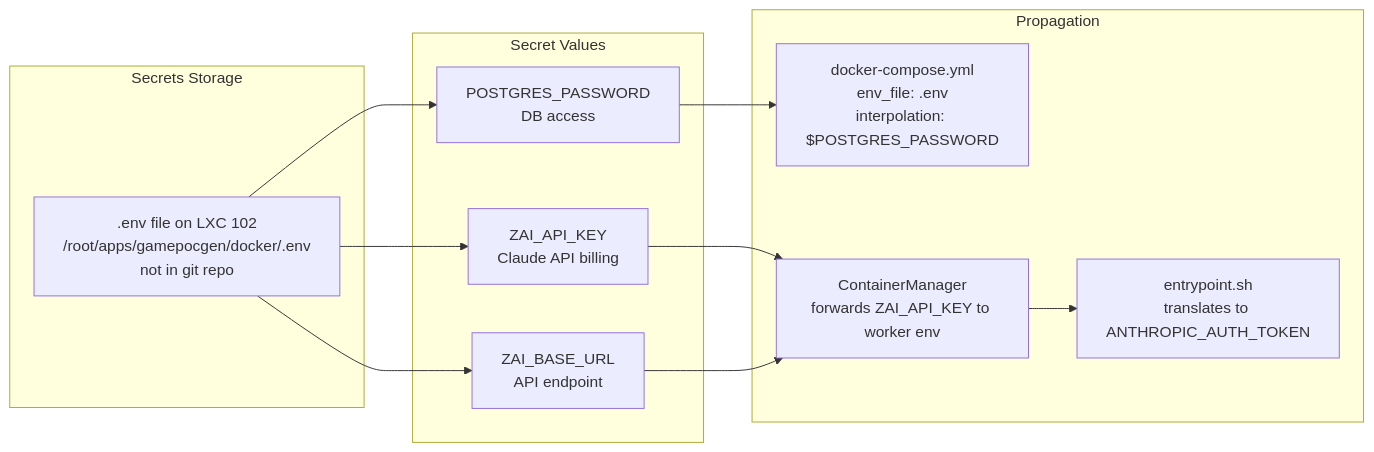
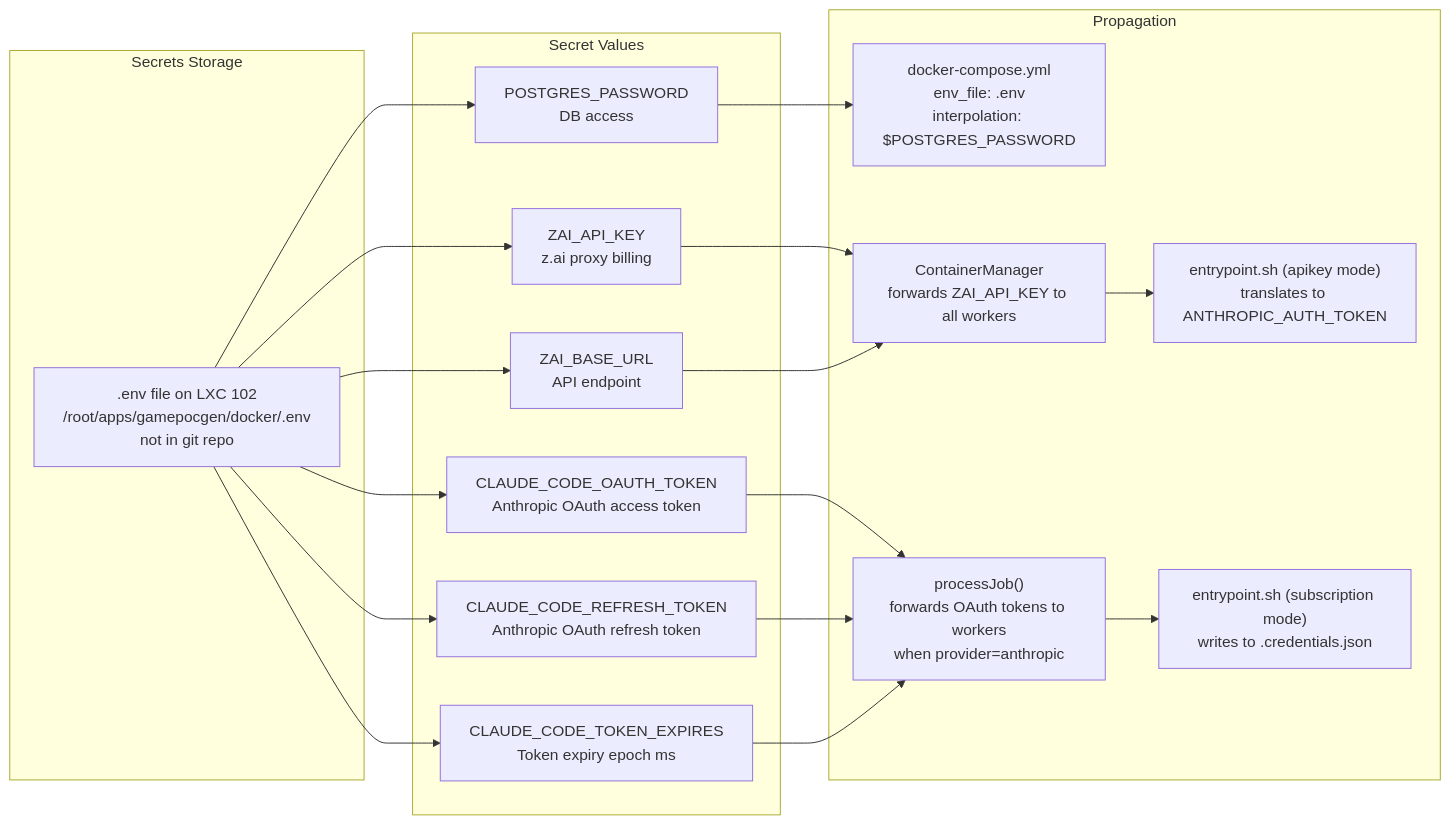
One commit to J-Gierend/gamePocGen changed the seventh of 9 diagrams in AI/document/11-security.md. Above: the diagram before and after it, drawn with Mermaid. The commit also changed other lines of this file and 12 other files, not shown here.

First line of the commit message:
fix: regenerate all architecture docs from current source

````diff
--- a/AI/document/11-security.md
+++ b/AI/document/11-security.md
@@ -119,26 +173,38 @@
 ```mermaid
 graph LR
     subgraph "Secrets Storage"
-        DOTENV[".env file on LXC 102\n/root/apps/gamepocgen/docker/.env\nnot in git repo"]
+        DOTENV[".env file on LXC 102<br/>/root/apps/gamepocgen/docker/.env<br/>not in git repo"]
     end
 
     subgraph "Secret Values"
-        PG["POSTGRES_PASSWORD\nDB access"]
-        ZAI2["ZAI_API_KEY\nClaude API billing"]
-        ZAI_B["ZAI_BASE_URL\nAPI endpoint"]
+        PG["POSTGRES_PASSWORD<br/>DB access"]
+        ZAI2["ZAI_API_KEY<br/>z.ai proxy billing"]
+        ZAI_B["ZAI_BASE_URL<br/>API endpoint"]
+        OAUTH_T["CLAUDE_CODE_OAUTH_TOKEN<br/>Anthropic OAuth access token"]
+        OAUTH_R["CLAUDE_CODE_REFRESH_TOKEN<br/>Anthropic OAuth refresh token"]
+        OAUTH_E["CLAUDE_CODE_TOKEN_EXPIRES<br/>Token expiry epoch ms"]
     end
 
     subgraph "Propagation"
-        DC2["docker-compose.yml\nenv_file: .env\ninterpolation: $POSTGRES_PASSWORD"]
-        CM3["ContainerManager\nforwards ZAI_API_KEY to worker env"]
-        ENTRY2["entrypoint.sh\ntranslates to ANTHROPIC_AUTH_TOKEN"]
+        DC2["docker-compose.yml<br/>env_file: .env<br/>interpolation: $POSTGRES_PASSWORD"]
+        CM3["ContainerManager<br/>forwards ZAI_API_KEY to all workers"]
+        PJ["processJob()<br/>forwards OAuth tokens to workers<br/>when provider=anthropic"]
+        ENTRY_AK["entrypoint.sh (apikey mode)<br/>translates to ANTHROPIC_AUTH_TOKEN"]
+        ENTRY_SUB["entrypoint.sh (subscription mode)<br/>writes to .credentials.json"]
     end
 
     DOTENV --> PG
     DOTENV --> ZAI2
     DOTENV --> ZAI_B
+    DOTENV --> OAUTH_T
+    DOTENV --> OAUTH_R
+    DOTENV --> OAUTH_E
     PG --> DC2
     ZAI2 --> CM3
     ZAI_B --> CM3
-    CM3 --> ENTRY2
+    OAUTH_T --> PJ
+    OAUTH_R --> PJ
+    OAUTH_E --> PJ
+    CM3 --> ENTRY_AK
+    PJ --> ENTRY_SUB
 ```
````
